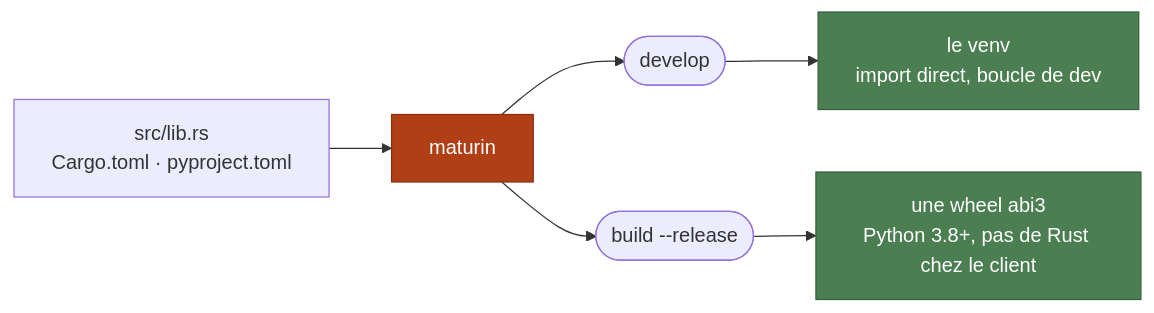
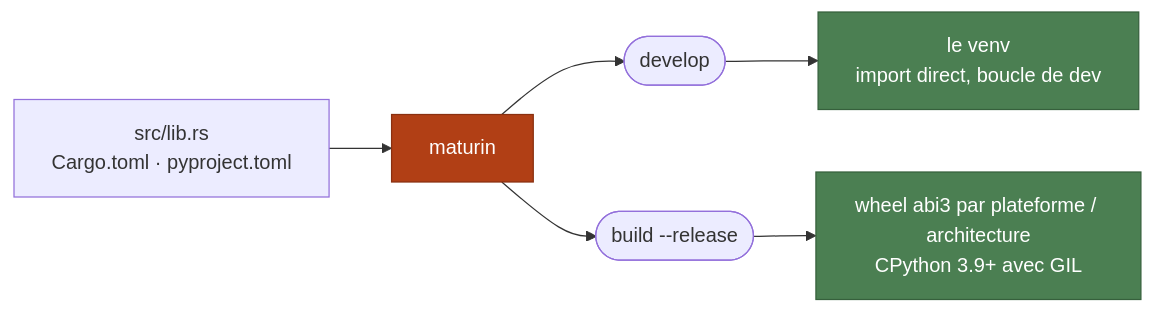
Before and after one commit to ilaborie/rust-python-talk: the diagram in slides/2_mise-en-place/2-maturin.md, drawn with Mermaid. The commit also changed other lines of this file and 32 other files, not shown here.

````diff
--- a/slides/2_mise-en-place/2-maturin.md
+++ b/slides/2_mise-en-place/2-maturin.md
@@ -25,13 +25,13 @@
 ```mermaid:width=90%,nodeSpacing=34,alt=maturin compile les sources et produit soit un venv prêt à l'emploi soit une wheel
 flowchart LR
     SRC["src/lib.rs<br/>Cargo.toml · pyproject.toml"]
     MAT["maturin"]
     VENV["le venv<br/>import direct, boucle de dev"]
-    WHL["une wheel abi3<br/>Python 3.8+, pas de Rust chez le client"]
+    WHL["wheel abi3 par plateforme / architecture<br/>CPython 3.9+ avec GIL"]
     SRC --> MAT
     MAT --> DEV(["develop"]) --> VENV
     MAT --> BLD(["build --release"]) --> WHL
     style MAT fill:#B13F15,stroke:#8a3010,color:#ffffff
     style VENV fill:#4B7F52,stroke:#36603C,color:#ffffff
     style WHL fill:#4B7F52,stroke:#36603C,color:#ffffff
 ```
````
